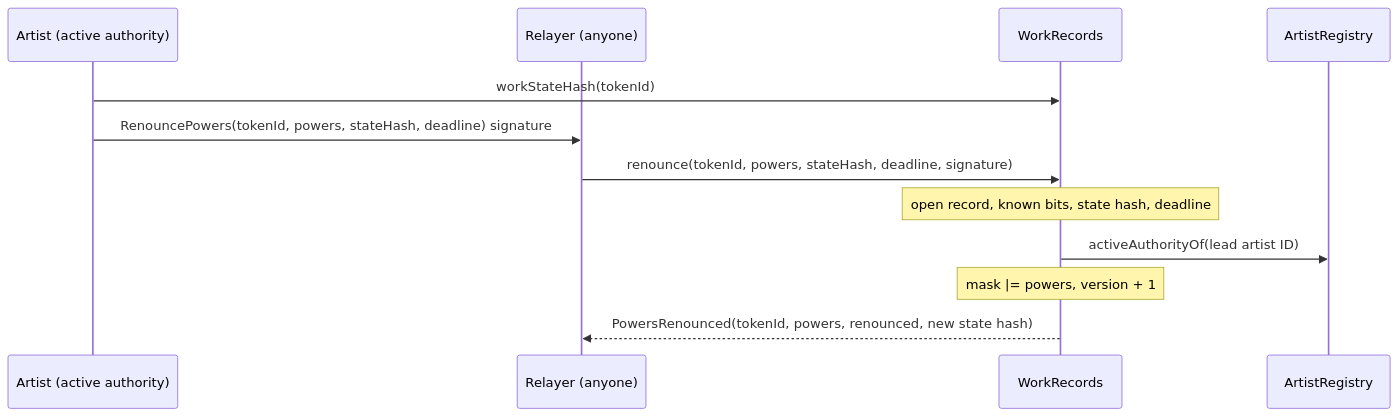
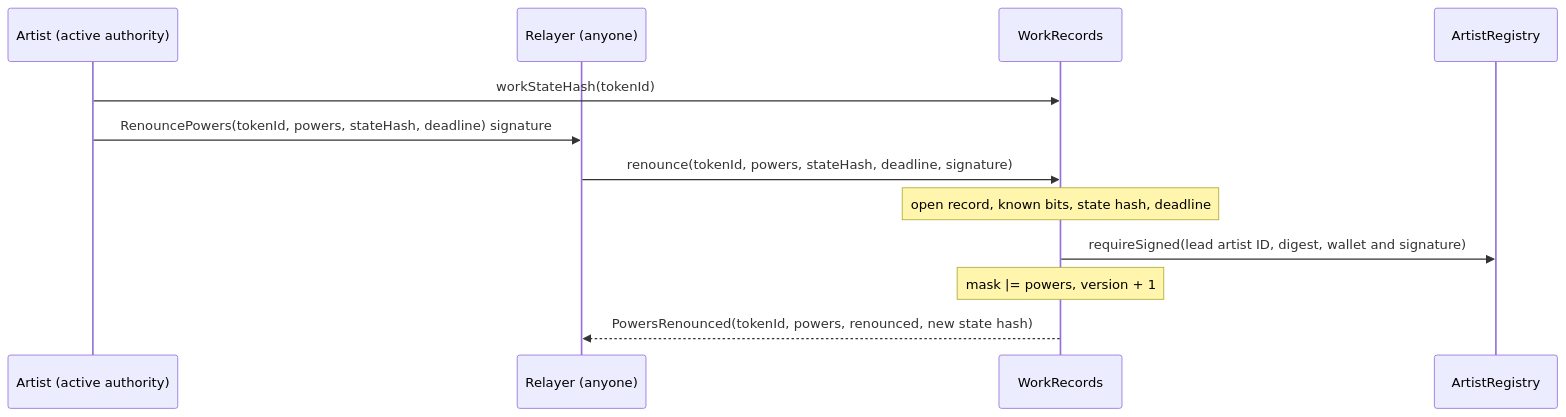
Before and after one commit to 6529-Collections/6529-works: the ninth of 10 diagrams in docs/spec/works-and-storage.md, drawn with Mermaid. The commit also changed other lines of this file and 35 other files, not shown here.

````diff
--- a/docs/spec/works-and-storage.md
+++ b/docs/spec/works-and-storage.md
@@ -434,14 +437,14 @@
 ```mermaid
 sequenceDiagram
     participant Ar as Artist (active authority)
     participant R as Relayer (anyone)
     participant WR as WorkRecords
     participant AR as ArtistRegistry
     Ar->>WR: workStateHash(tokenId)
     Ar->>R: RenouncePowers(tokenId, powers, stateHash, deadline) signature
     R->>WR: renounce(tokenId, powers, stateHash, deadline, signature)
     Note over WR: open record, known bits, state hash, deadline
-    WR->>AR: activeAuthorityOf(lead artist ID)
+    WR->>AR: requireSigned(lead artist ID, digest, wallet and signature)
     Note over WR: mask |= powers, version + 1
     WR-->>R: PowersRenounced(tokenId, powers, renounced, new state hash)
 ```
````
